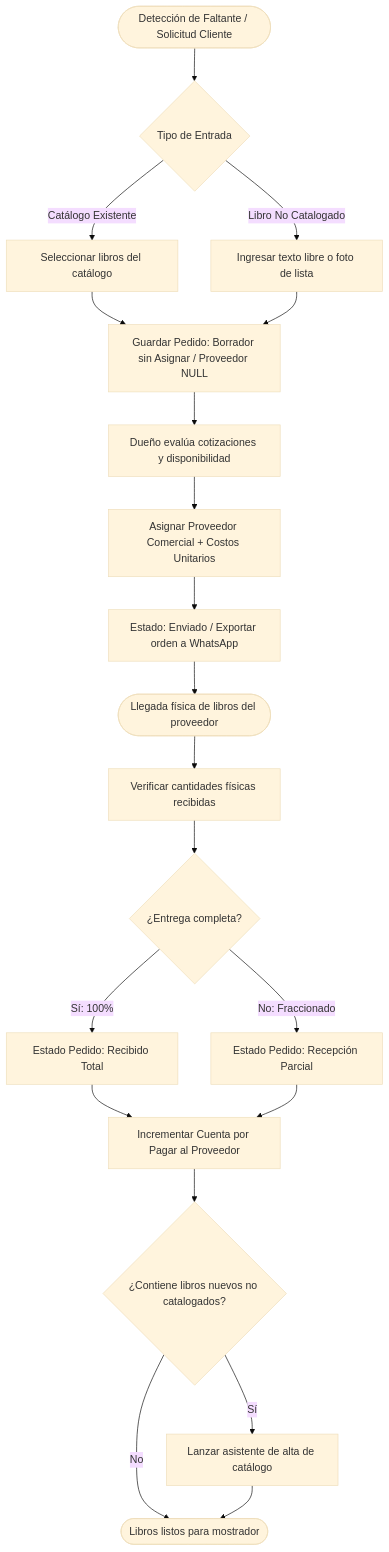
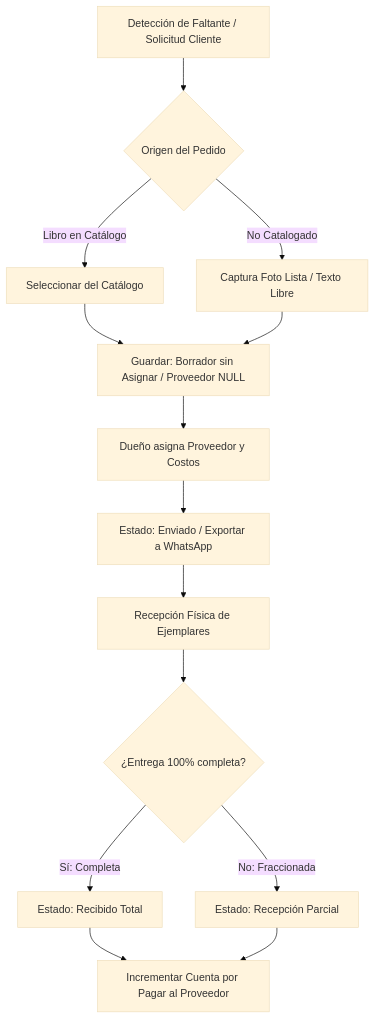
The fourth of 4 diagrams in docs/01-requerimientos/SRS.md (JMedina255/Proyecto_tienda), drawn with Mermaid (base theme) before and after one commit. The commit also changed other lines of this file and 8 other files, not shown here.

````diff
--- a/docs/01-requerimientos/SRS.md
+++ b/docs/01-requerimientos/SRS.md
@@ -834,27 +397,21 @@
 ```mermaid
 flowchart TD
-    InicioPedido([Detección de Faltante / Solicitud Cliente]) --> RegistroModo{Tipo de Entrada}
-    RegistroModo -->|Catálogo Existente| SelCat[Seleccionar libros del catálogo]
-    RegistroModo -->|Libro No Catalogado| TextoFoto[Ingresar texto libre o foto de lista]
+    Detect[Detección de Faltante / Solicitud Cliente] --> EntryType{Origen del Pedido}
+    EntryType -->|Libro en Catálogo| FromCat[Seleccionar del Catálogo]
+    EntryType -->|No Catalogado| FromPhoto[Captura Foto Lista / Texto Libre]
 
-    SelCat --> GuardaBorrador[Guardar Pedido: Borrador sin Asignar / Proveedor NULL]
-    TextoFoto --> GuardaBorrador
+    FromCat --> DraftOrder[Guardar: Borrador sin Asignar / Proveedor NULL]
+    FromPhoto --> DraftOrder
 
-    GuardaBorrador --> RevisionDueno[Dueño evalúa cotizaciones y disponibilidad]
-    RevisionDueno --> AsignaProv[Asignar Proveedor Comercial + Costos Unitarios]
-    AsignaProv --> EnviaOrden[Estado: Enviado / Exportar orden a WhatsApp]
+    DraftOrder --> OwnerAssign[Dueño asigna Proveedor y Costos]
+    OwnerAssign --> SendOrder[Estado: Enviado / Exportar a WhatsApp]
 
-    EnviaOrden --> LlegaMercaderia([Llegada física de libros del proveedor])
-    LlegaMercaderia --> ConteoRecepcion[Verificar cantidades físicas recibidas]
+    SendOrder --> Delivery[Recepción Física de Ejemplares]
+    Delivery --> CountCheck{¿Entrega 100% completa?}
 
-    ConteoRecepcion --> CantidadCheck{¿Entrega completa?}
-    CantidadCheck -->|Sí: 100%| RecibidoTotal[Estado Pedido: Recibido Total]
-    CantidadCheck -->|No: Fraccionado| RecibidoParcial[Estado Pedido: Recepción Parcial]
+    CountCheck -->|Sí: Completa| RecTotal[Estado: Recibido Total]
+    CountCheck -->|No: Fraccionada| RecPartial[Estado: Recepción Parcial]
 
-    RecibidoTotal --> GeneraDeuda[Incrementar Cuenta por Pagar al Proveedor]
-    RecibidoParcial --> GeneraDeuda
-    GeneraDeuda --> IncorporaCat{¿Contiene libros nuevos no catalogados?}
-    IncorporaCat -->|Sí| FlujoOCR[Lanzar asistente de alta de catálogo]
-    IncorporaCat -->|No| FinPedido([Libros listos para mostrador])
-    FlujoOCR --> FinPedido
+    RecTotal --> IncDebt[Incrementar Cuenta por Pagar al Proveedor]
+    RecPartial --> IncDebt
 ```
````
